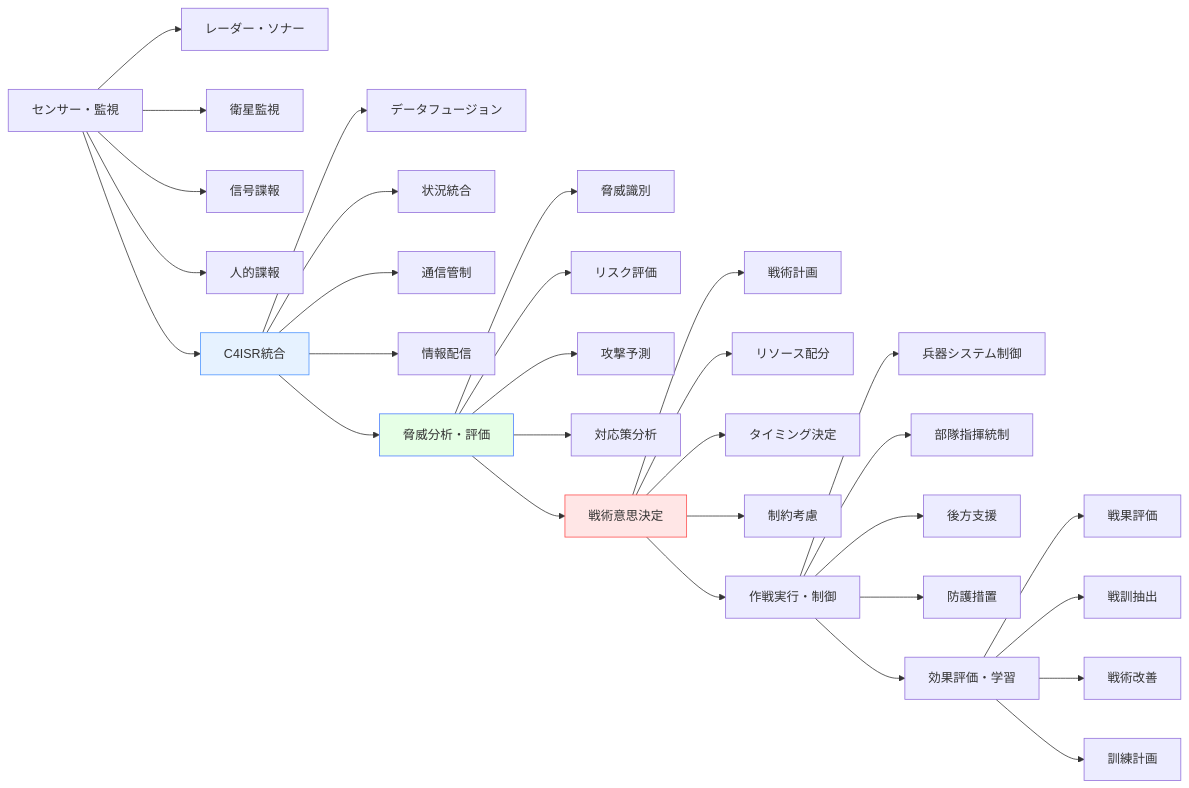
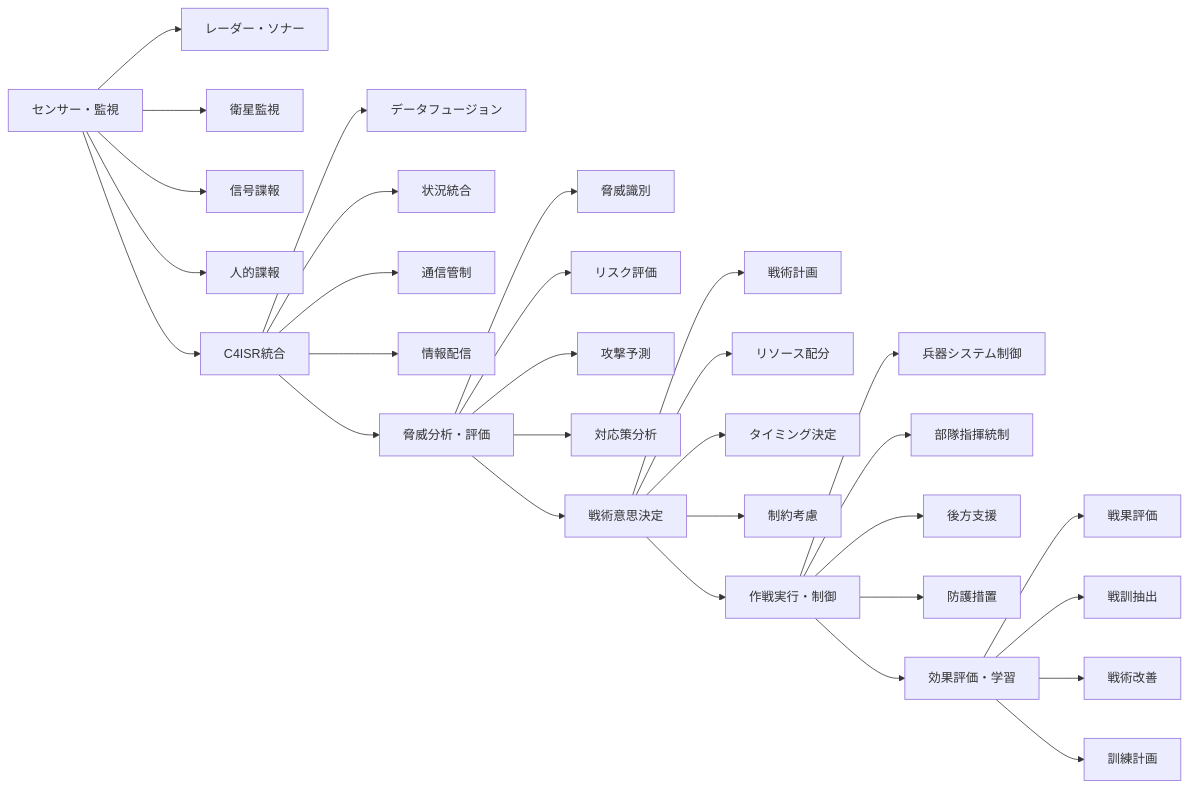
The first of 2 diagrams in docs/software/military-sa-software.md (shuji-bonji/Situational-Awareness-and-Decision-Making), drawn with Mermaid before and after one commit. The commit also changed 49 other files, not shown here.

Commit message:
fix: ダークモードで見づらい図の色の変更

````diff
--- a/docs/software/military-sa-software.md
+++ b/docs/software/military-sa-software.md
@@ -25,44 +25,44 @@
 ```mermaid
 graph LR
 
     A --> A1[レーダー・ソナー]
     A --> A2[衛星監視]
     A --> A3[信号諜報]
     A --> A4[人的諜報]
 
     B --> B1[データフュージョン]
     B --> B2[状況統合]
     B --> B3[通信管制]
     B --> B4[情報配信]
 
     C --> C1[脅威識別]
     C --> C2[リスク評価]
     C --> C3[攻撃予測]
     C --> C4[対応策分析]
 
     D --> D1[戦術計画]
     D --> D2[リソース配分]
     D --> D3[タイミング決定]
     D --> D4[制約考慮]
 
     E --> E1[兵器システム制御]
     E --> E2[部隊指揮統制]
     E --> E3[後方支援]
     E --> E4[防護措置]
 
     F --> F1[戦果評価]
     F --> F2[戦訓抽出]
     F --> F3[戦術改善]
     F --> F4[訓練計画]
 
     A[センサー・監視] --> B[C4ISR統合]
     B --> C[脅威分析・評価]
     C --> D[戦術意思決定]
     D --> E[作戦実行・制御]
     E --> F[効果評価・学習]
 
 
-    style B fill:#e6f2ff,stroke:#4d94ff
-    style C fill:#e6ffe6,stroke:#4d7fff
-    style D fill:#ffe6e6,stroke:#ff4d4d
+
+
+
 ```
````
